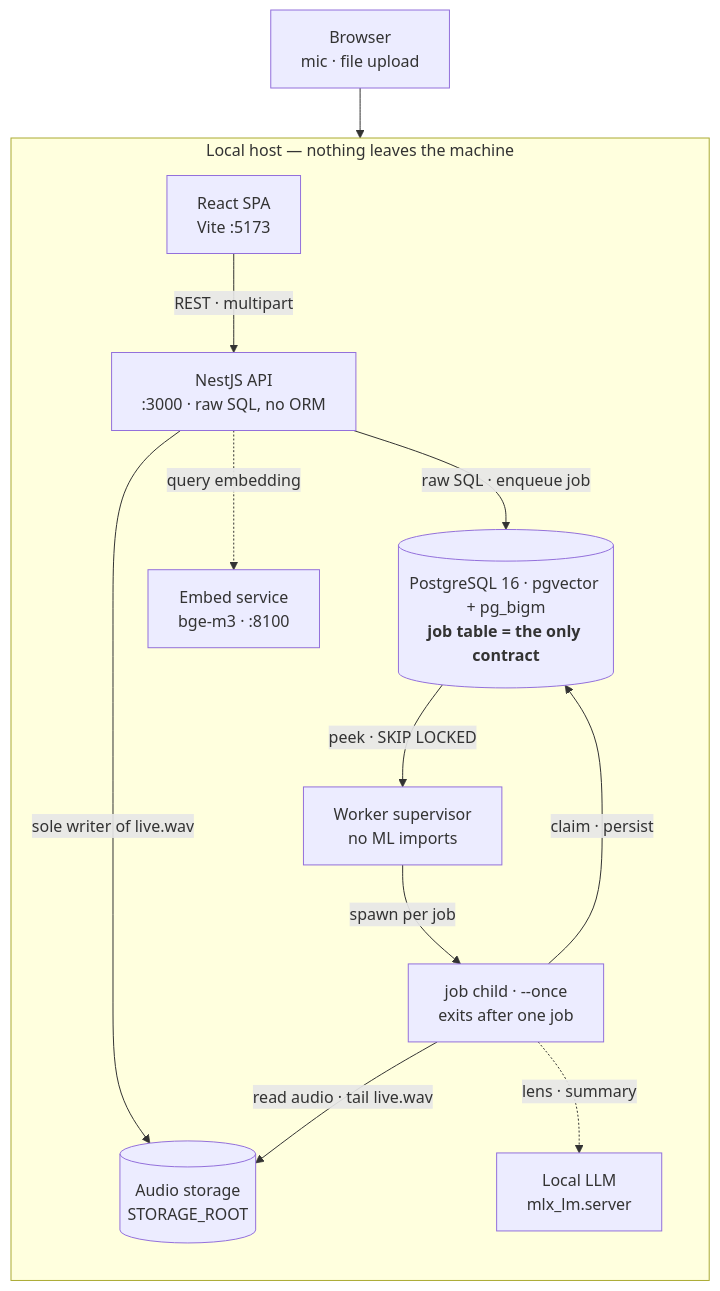
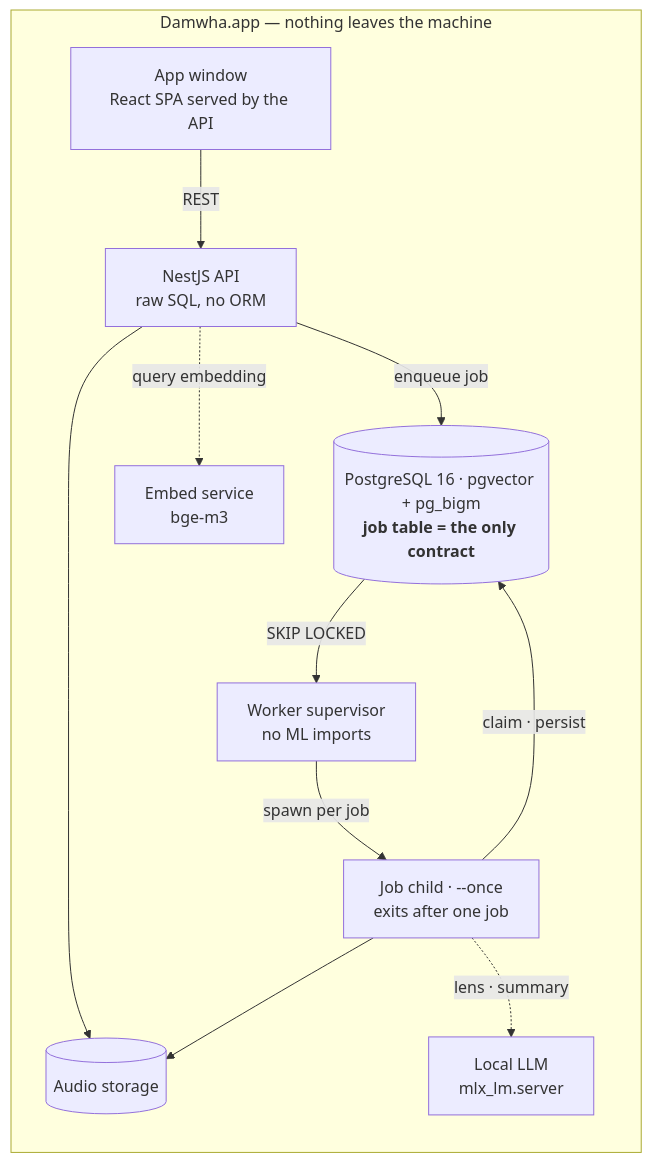
The diagram in README.md (Yjason-K/Damwha), drawn with Mermaid before and after one commit. The commit also changed other lines of this file and 1 other file, not shown here.

````diff
--- a/README.md
+++ b/README.md
@@ -79,27 +120,24 @@
 ```mermaid
 flowchart TB
-  browser["Browser<br/>mic · file upload"]
-
-  subgraph host["Local host — nothing leaves the machine"]
+  subgraph app["Damwha.app — nothing leaves the machine"]
     direction TB
-    spa["React SPA<br/>Vite :5173"]
-    api["NestJS API<br/>:3000 · raw SQL, no ORM"]
+    ui["App window<br/>React SPA served by the API"]
+    api["NestJS API<br/>raw SQL, no ORM"]
     db[("PostgreSQL 16 · pgvector + pg_bigm<br/><b>job table = the only contract</b>")]
-    storage[("Audio storage<br/>STORAGE_ROOT")]
-    embed["Embed service<br/>bge-m3 · :8100"]
+    storage[("Audio storage")]
+    embed["Embed service<br/>bge-m3"]
     sup["Worker supervisor<br/>no ML imports"]
-    child["job child · --once<br/>exits after one job"]
+    child["Job child · --once<br/>exits after one job"]
     llm["Local LLM<br/>mlx_lm.server"]
   end
 
-  browser --> spa
-  spa -->|"REST · multipart"| api
-  api -->|"raw SQL · enqueue job"| db
-  api -->|"sole writer of live.wav"| storage
+  ui -->|"REST"| api
+  api -->|"enqueue job"| db
+  api --> storage
   api -.->|"query embedding"| embed
-  db -->|"peek · SKIP LOCKED"| sup
+  db -->|"SKIP LOCKED"| sup
   sup -->|"spawn per job"| child
   child -->|"claim · persist"| db
-  child -->|"read audio · tail live.wav"| storage
+  child --> storage
   child -.->|"lens · summary"| llm
 ```
````
